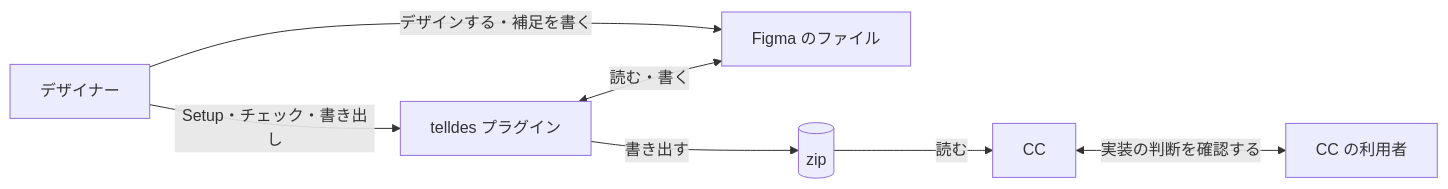
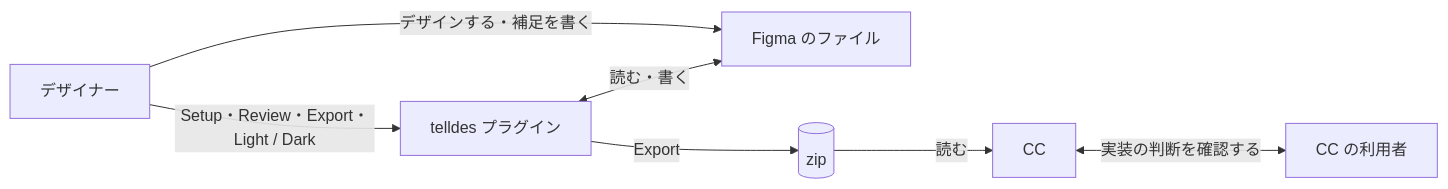
One commit to lovaizu/telldes changed the first of 2 diagrams in docs/design.md. Above: the diagram before and after it, drawn with Mermaid. The commit also changed other lines of this file, not shown here.

Commit message:
docs: call plugin actions by their button names (Setup, Review, Export, Light / Dark)

````diff
--- a/docs/design.md
+++ b/docs/design.md
@@ -29,9 +29,9 @@
 ```mermaid
 flowchart LR
     D["デザイナー"] -->|"デザインする・補足を書く"| F["Figma のファイル"]
-    D -->|"Setup・チェック・書き出し"| P["telldes プラグイン"]
+    D -->|"Setup・Review・Export・Light / Dark"| P["telldes プラグイン"]
     P <-->|"読む・書く"| F
-    P -->|"書き出す"| Z[("zip")]
+    P -->|"Export"| Z[("zip")]
     Z -->|"読む"| C["CC"]
     C <-->|"実装の判断を確認する"| U["CC の利用者"]
 ```
````
